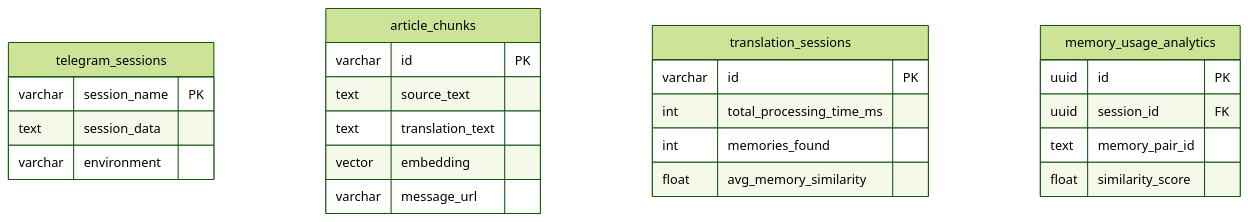
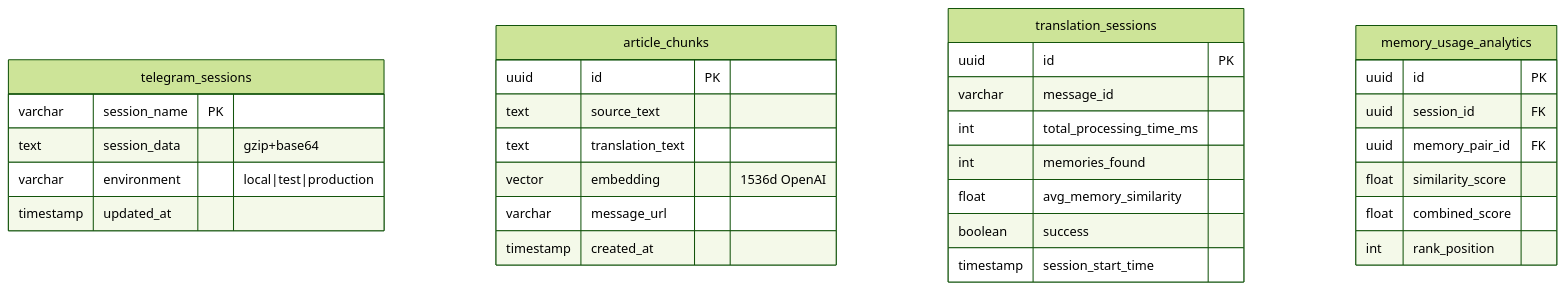
The diagram in docs/DATA-ARCHITECTURE.md (segalmax/telegram_zoomer), drawn with Mermaid (forest theme) before and after one commit. The commit also changed other lines of this file and 7 other files, not shown here.

````diff
--- a/docs/DATA-ARCHITECTURE.md
+++ b/docs/DATA-ARCHITECTURE.md
@@ -10,30 +8,37 @@
 ```mermaid
 erDiagram
     telegram_sessions {
         varchar session_name PK
-        text session_data
-        varchar environment
+        text session_data "gzip+base64"
+        varchar environment "local|test|production"
+        timestamp updated_at
     }
     
     article_chunks {
-        varchar id PK
+        uuid id PK
         text source_text
         text translation_text
-        vector embedding
+        vector embedding "1536d OpenAI"
         varchar message_url
+        timestamp created_at
     }
     
     translation_sessions {
-        varchar id PK
+        uuid id PK
+        varchar message_id
         int total_processing_time_ms
         int memories_found
         float avg_memory_similarity
+        boolean success
+        timestamp session_start_time
     }
     
     memory_usage_analytics {
         uuid id PK
         uuid session_id FK
-        text memory_pair_id
+        uuid memory_pair_id FK
         float similarity_score
+        float combined_score
+        int rank_position
     }
 ```
````
